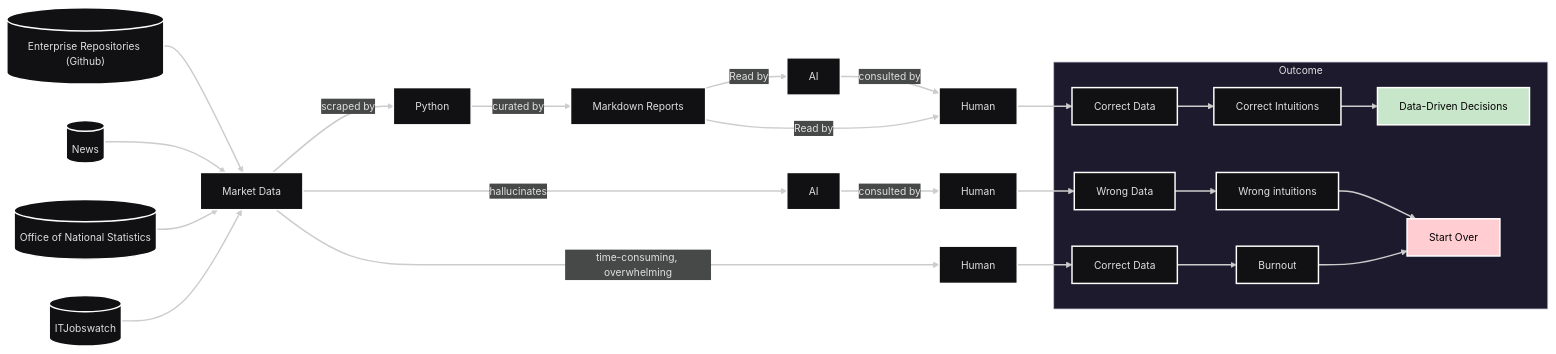
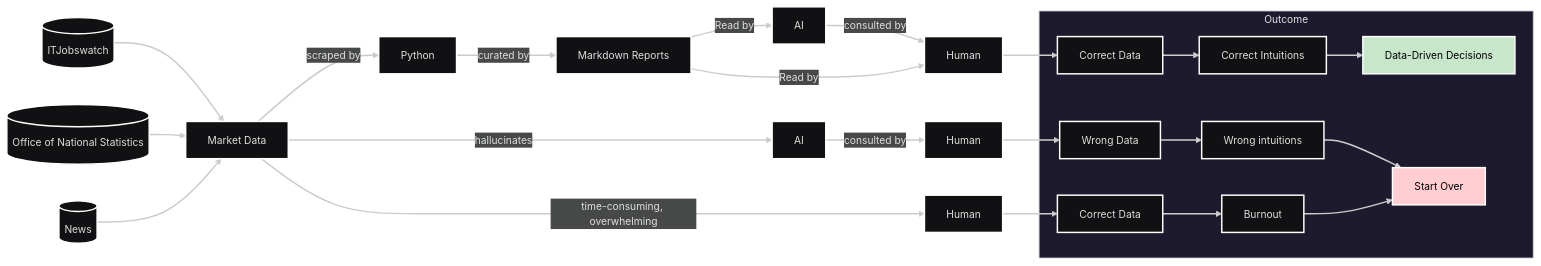
One commit to lmcrean/research-enterprise-codebases changed the diagram in README.md. Above: the diagram before and after it, drawn with Mermaid. The commit also changed other lines of this file and 18 other files, not shown here.

````diff
--- a/README.md
+++ b/README.md
@@ -34,49 +33,47 @@
 ```mermaid
 ---
 config:
   theme: redux-dark
 ---
 flowchart LR
  subgraph s1["Outcome"]
         Y["Correct Intuitions"]
         n1["Correct Data"]
         n2["Data-Driven Decisions"]
         n3["Start Over"]
         n4["Correct Data"]
         n5["Burnout"]
   end
  subgraph s1["Outcome"]
         X["Wrong intuitions"]
         W["Wrong Data"]
   end
-    A["Enterprise Repositories (Github)"] --> E["Market Data"]
+    G["ITJobswatch"] --> E["Market Data"]
+    F["Office of National Statistics"] --> E
     A2["News"] --> E
-    F["Office of National Statistics"] --> E
-    G["ITJobswatch"] --> E
     E -- scraped by --> B["Python"]
     B -- curated by --> Z["Markdown Reports"]
     AI1["AI"] -- consulted by --> H["Human"]
     AI2["AI"] -- consulted by --> H2["Human"]
     E -- "time-consuming, overwhelming" --> H3["Human"]
     E -- hallucinates --> AI2
     H3 --> n4
     H2 --> W
     Z -- Read by --> H & AI1
     W --> X
     H --> n1
     n1 --> Y
     X --> n3
     Y --> n2
     n4 --> n5
     n5 --> n3
     n4@{ shape: rect}
     n5@{ shape: rect}
-    A@{ shape: cyl}
     E@{ shape: rect}
     A2@{ shape: cyl}
     F@{ shape: cyl}
     G@{ shape: cyl}
     style n2 fill:#C8E6C9,color:#000000
     style n3 fill:#FFCDD2,color:#000000
 
 ```
````
